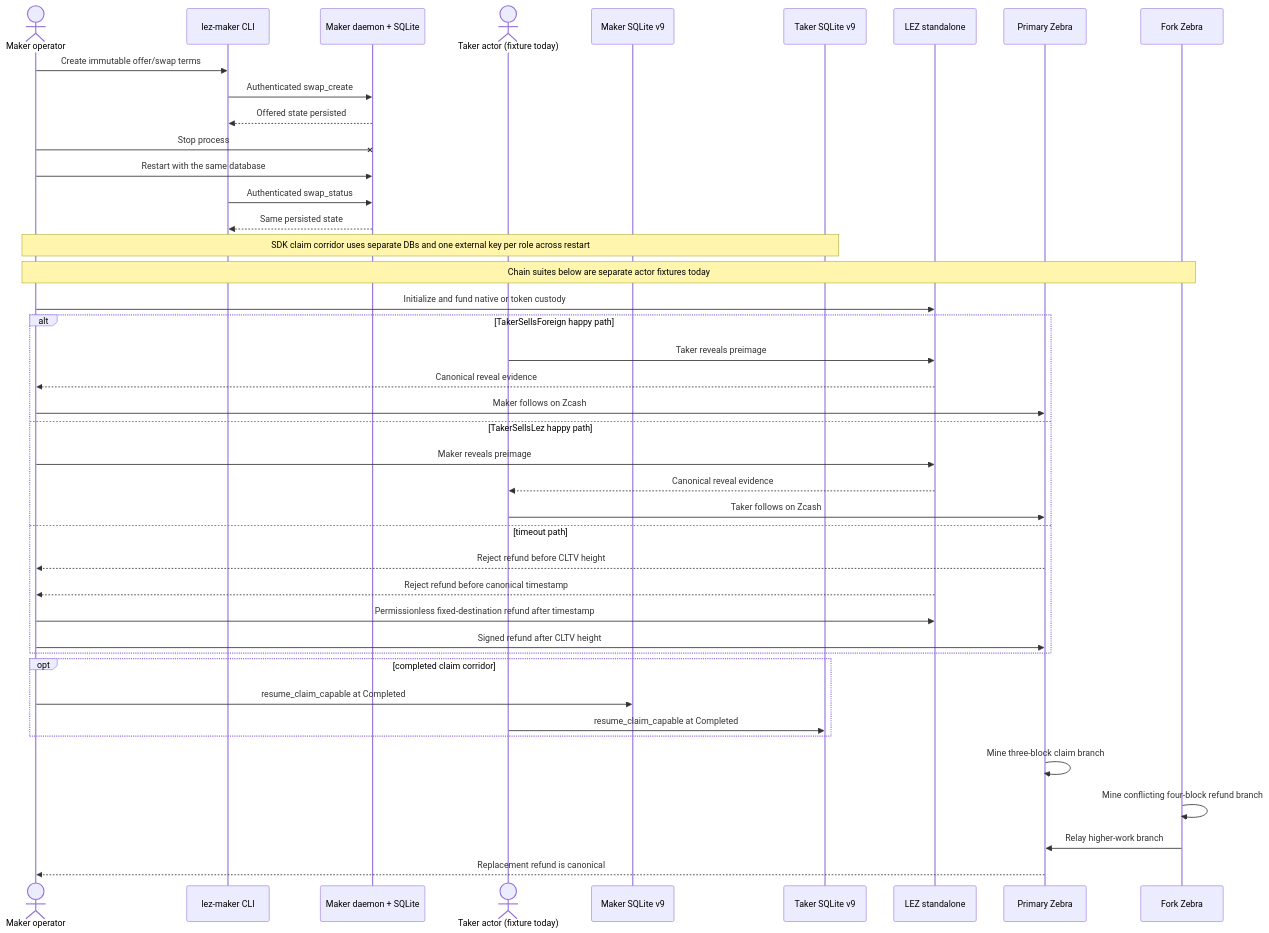
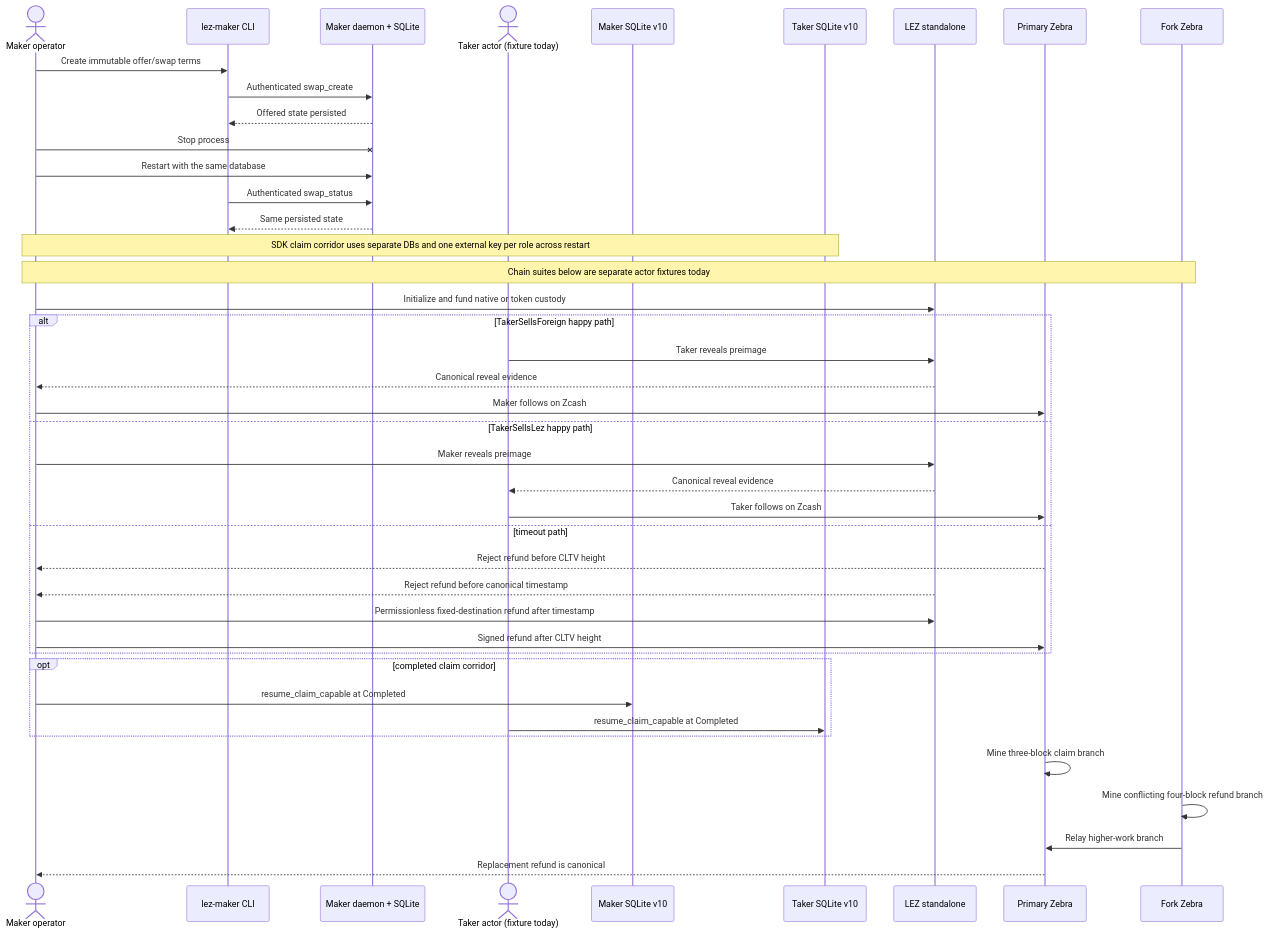
The diagram in docs/manual-user-flows.md (gateway-fm/lez-atomic-swaps), drawn with Mermaid before and after one commit. The commit also changed other lines of this file and 6 other files, not shown here.

````diff
--- a/docs/manual-user-flows.md
+++ b/docs/manual-user-flows.md
@@ -36,46 +36,46 @@
 ```mermaid
 sequenceDiagram
     actor Operator as Maker operator
     participant CLI as lez-maker CLI
     participant Daemon as Maker daemon + SQLite
     actor Taker as Taker actor (fixture today)
-    participant MakerDB as Maker SQLite v9
-    participant TakerDB as Taker SQLite v9
+    participant MakerDB as Maker SQLite v10
+    participant TakerDB as Taker SQLite v10
     participant LEZ as LEZ standalone
     participant Z1 as Primary Zebra
     participant Z2 as Fork Zebra
 
     Operator->>CLI: Create immutable offer/swap terms
     CLI->>Daemon: Authenticated swap_create
     Daemon-->>CLI: Offered state persisted
     Operator-xDaemon: Stop process
     Operator->>Daemon: Restart with the same database
     CLI->>Daemon: Authenticated swap_status
     Daemon-->>CLI: Same persisted state
 
     Note over Operator,TakerDB: SDK claim corridor uses separate DBs and one external key per role across restart
     Note over Operator,Z2: Chain suites below are separate actor fixtures today
     Operator->>LEZ: Initialize and fund native or token custody
     alt TakerSellsForeign happy path
         Taker->>LEZ: Taker reveals preimage
         LEZ-->>Operator: Canonical reveal evidence
         Operator->>Z1: Maker follows on Zcash
     else TakerSellsLez happy path
         Operator->>LEZ: Maker reveals preimage
         LEZ-->>Taker: Canonical reveal evidence
         Taker->>Z1: Taker follows on Zcash
     else timeout path
         Z1-->>Operator: Reject refund before CLTV height
         LEZ-->>Operator: Reject refund before canonical timestamp
         Operator->>LEZ: Permissionless fixed-destination refund after timestamp
         Operator->>Z1: Signed refund after CLTV height
     end
     opt completed claim corridor
         Operator->>MakerDB: resume_claim_capable at Completed
         Taker->>TakerDB: resume_claim_capable at Completed
     end
     Z1->>Z1: Mine three-block claim branch
     Z2->>Z2: Mine conflicting four-block refund branch
     Z2->>Z1: Relay higher-work branch
     Z1-->>Operator: Replacement refund is canonical
 ```
````
